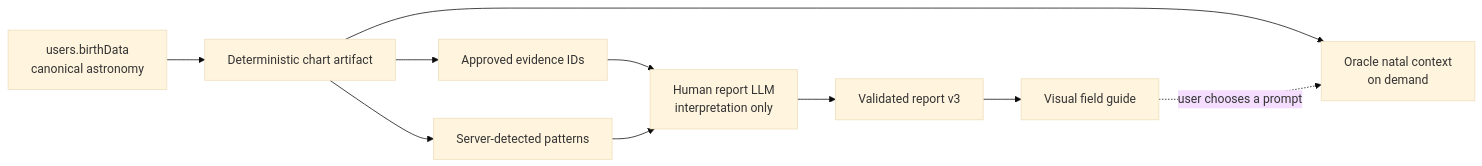
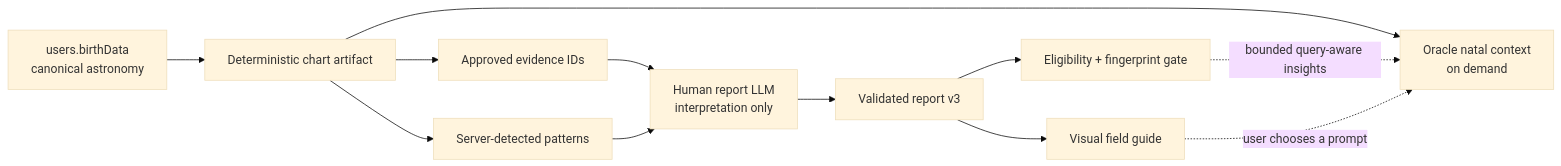
Before and after one commit to Ethereumistic/stars-guide: the diagram in docs/oracle/BIRTH_CHART_REPORT.md, drawn with Mermaid (base theme). The commit also changed other lines of this file and 35 other files, not shown here.

````diff
--- a/docs/oracle/BIRTH_CHART_REPORT.md
+++ b/docs/oracle/BIRTH_CHART_REPORT.md
@@ -14,12 +14,14 @@
 ```mermaid
 flowchart LR
   A["users.birthData<br/>canonical astronomy"] --> B["Deterministic chart artifact"]
   B --> C["Oracle natal context<br/>on demand"]
   B --> D["Approved evidence IDs"]
   B --> E["Server-detected patterns"]
   D --> F["Human report LLM<br/>interpretation only"]
   E --> F
   F --> G["Validated report v3"]
   G --> H["Visual field guide"]
+  G --> I["Eligibility + fingerprint gate"]
+  I -. "bounded query-aware insights" .-> C
   H -. "user chooses a prompt" .-> C
 ```
````
